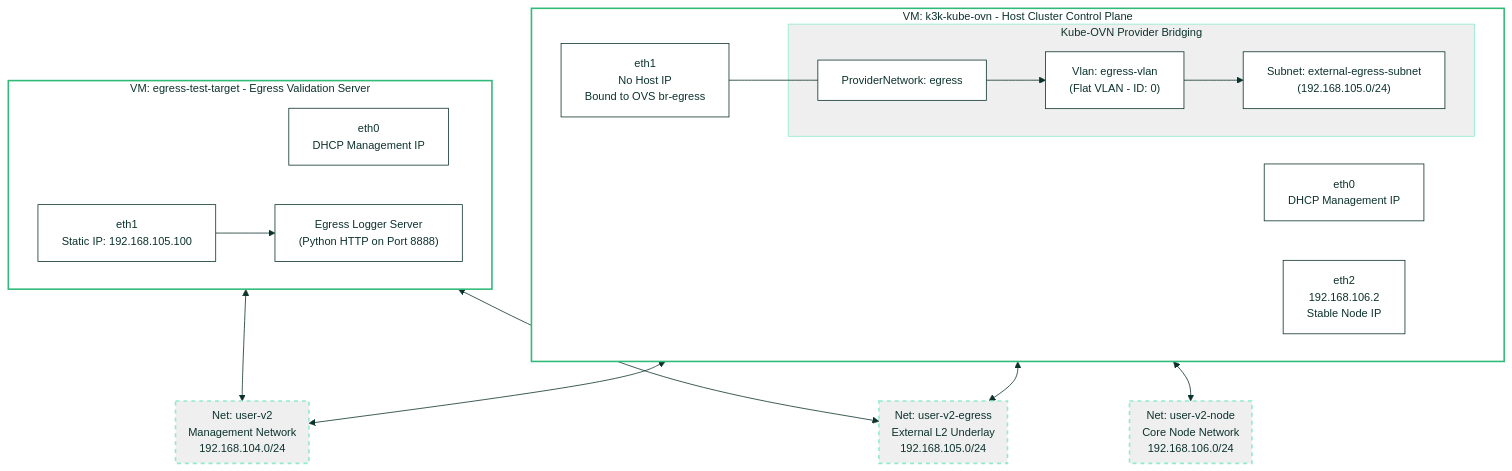
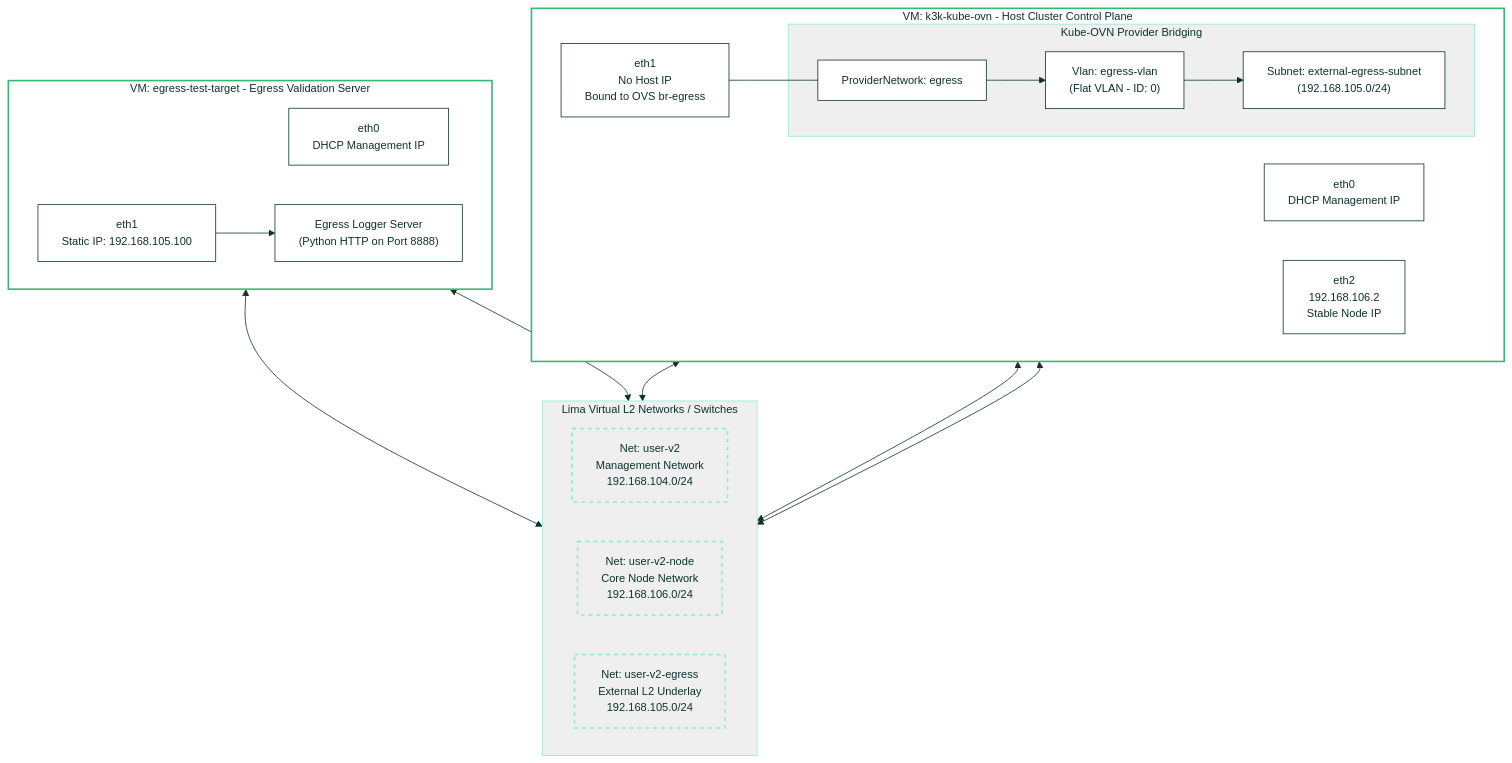
One commit to coulof/k3k-kube-ovn changed the first of 2 diagrams in docs/egress-gateway-experiment.md. Above: the diagram before and after it, drawn with Mermaid.

Commit message:
docs: align virtual networks horizontally in L2 topology diagram

````diff
--- a/docs/egress-gateway-experiment.md
+++ b/docs/egress-gateway-experiment.md
@@ -30,72 +30,72 @@
 ```mermaid
 %%{init: {
   'theme': 'base',
   'themeVariables': {
     'fontFamily': 'SUSE, sans-serif',
     'fontSize': '14px',
     'primaryColor': '#30ba78',
     'primaryTextColor': '#0c322c',
     'primaryBorderColor': '#30ba78',
     'lineColor': '#0c322c',
     'secondaryColor': '#0c322c',
     'tertiaryColor': '#90ebcd',
     'mainBkg': '#ffffff',
     'nodeBorder': '#0c322c',
     'clusterBkg': '#efefef',
     'clusterBorder': '#90ebcd',
     'titleColor': '#0c322c',
     'edgeLabelBackground':'#ffffff'
   }
 } }%%
 graph TD
     classDef default fill:#ffffff,stroke:#0c322c,stroke-width:1px,color:#0c322c;
     classDef net fill:#efefef,stroke:#90ebcd,stroke-width:2px,stroke-dasharray: 5 5,color:#0c322c;
     classDef vm fill:#ffffff,stroke:#30ba78,stroke-width:2px,color:#0c322c;
 
     %% TOP LAYER: VM k3k-kube-ovn
     subgraph VM1 [VM: k3k-kube-ovn - Host Cluster Control Plane]
         direction LR
         eth0_1["eth0 <br/> DHCP Management IP"]
         eth2_1["eth2 <br/> 192.168.106.2 <br/> Stable Node IP"]
         eth1_1["eth1 <br/> No Host IP <br/> Bound to OVS br-egress"]
         
         subgraph K8s [Kube-OVN Provider Bridging]
             pn["ProviderNetwork: egress"]
             vlan["Vlan: egress-vlan<br/>(Flat VLAN - ID: 0)"]
             sub_ext["Subnet: external-egress-subnet<br/>(192.168.105.0/24)"]
             pn --> vlan --> sub_ext
         end
         eth1_1 --- pn
     end
 
-    %% MIDDLE LAYER: Dotted L2 Virtual Networks
-    subgraph NetMgt [Net: user-v2 <br/> Management Network <br/> 192.168.104.0/24]
-    end
-    subgraph NetNode [Net: user-v2-node <br/> Core Node Network <br/> 192.168.106.0/24]
-    end
-    subgraph NetEgress [Net: user-v2-egress <br/> External L2 Underlay <br/> 192.168.105.0/24]
+    %% MIDDLE LAYER: Dotted L2 Virtual Networks (Aligned Horizontally)
+    subgraph L2Networks [Lima Virtual L2 Networks / Switches]
+        direction LR
+        NetMgt["Net: user-v2 <br/> Management Network <br/> 192.168.104.0/24"]
+        NetNode["Net: user-v2-node <br/> Core Node Network <br/> 192.168.106.0/24"]
+        NetEgress["Net: user-v2-egress <br/> External L2 Underlay <br/> 192.168.105.0/24"]
     end
 
     %% BOTTOM LAYER: VM egress-test-target
     subgraph VM2 [VM: egress-test-target - Egress Validation Server]
         direction LR
         eth0_2["eth0 <br/> DHCP Management IP"]
         eth1_2["eth1 <br/> Static IP: 192.168.105.100"]
         srv["Egress Logger Server<br/>(Python HTTP on Port 8888)"]
         eth1_2 --> srv
     end
 
     %% Vertical NIC to Network Interconnections
     eth0_1 <--> NetMgt
     eth0_2 <--> NetMgt
 
     eth2_1 <--> NetNode
 
     eth1_1 <--> NetEgress
     eth1_2 <--> NetEgress
 
     %% Apply class styles cleanly
     class NetMgt,NetEgress,NetNode net;
     class VM1,VM2 vm;
     class pn,vlan,sub_ext,srv default;
 ```
````
